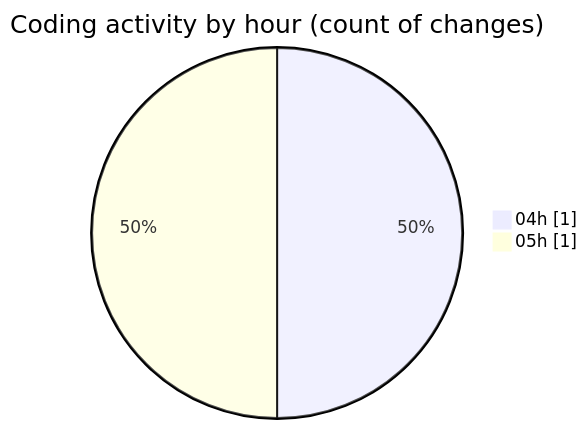
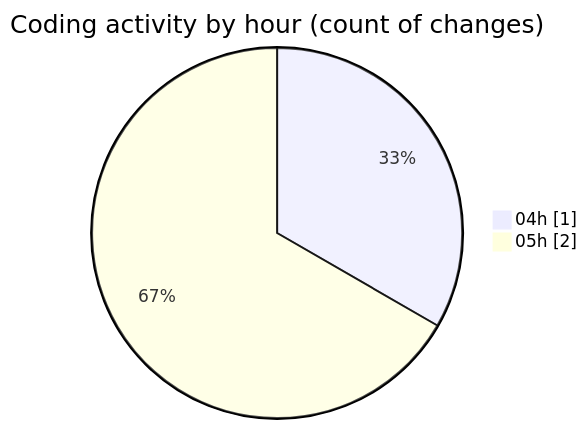
One commit to vahidmafi/code-tracking changed the second of 2 diagrams in 2025-03-24/zeytoon/README.md. Above: the diagram before and after it, drawn with Mermaid. The commit also changed other lines of this file and 1 other file, not shown here.

````diff
--- a/2025-03-24/zeytoon/README.md
+++ b/2025-03-24/zeytoon/README.md
@@ -28,6 +30,6 @@
 ```mermaid
 pie showData
 title Coding activity by hour (count of changes)
 "04h" : 1
-"05h" : 1
+"05h" : 2
 ```
````
